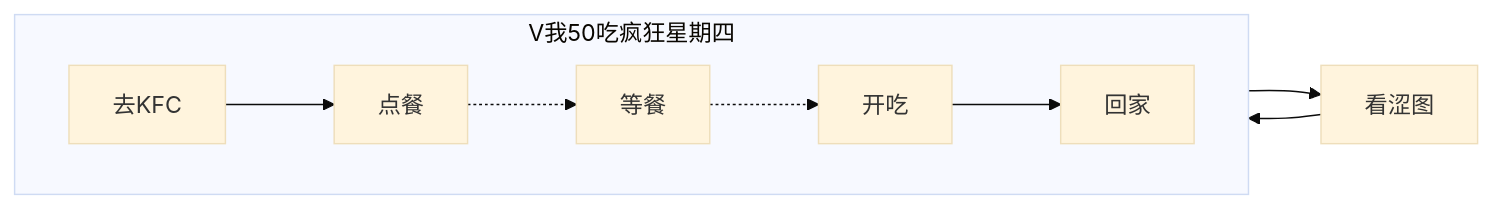
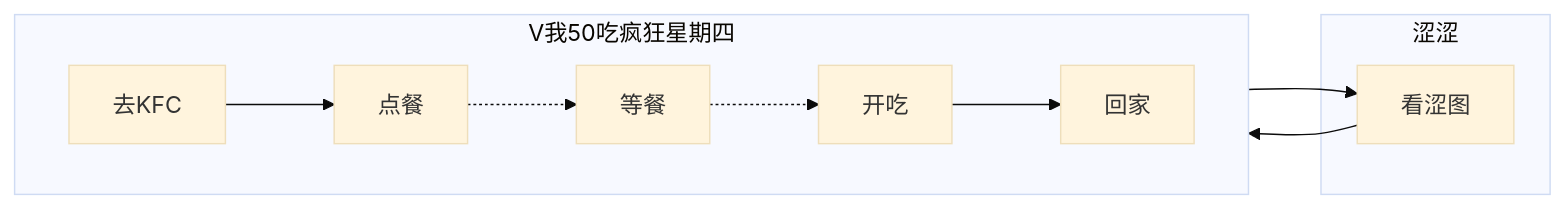
The second of 2 diagrams in docs/guide/image_from_internet.md (GraiaCommunity/Docs), drawn with Mermaid (base theme) before and after one commit. The commit also changed other lines of this file, not shown here.

Commit message:
Optimize flowchart

````diff
--- a/docs/guide/image_from_internet.md
+++ b/docs/guide/image_from_internet.md
@@ -122,9 +126,12 @@
 ```mermaid
 flowchart LR
   subgraph V我50吃疯狂星期四
     direction LR
     A[去KFC]-->B[点餐]-.-> C[等餐] -.-> D[开吃] --> E[回家]
   end
-F[看涩图]
-B --> F --> D
+  subgraph 涩涩
+    F[看涩图]
+  end
+  B --> F --> D
+
 ```
````
